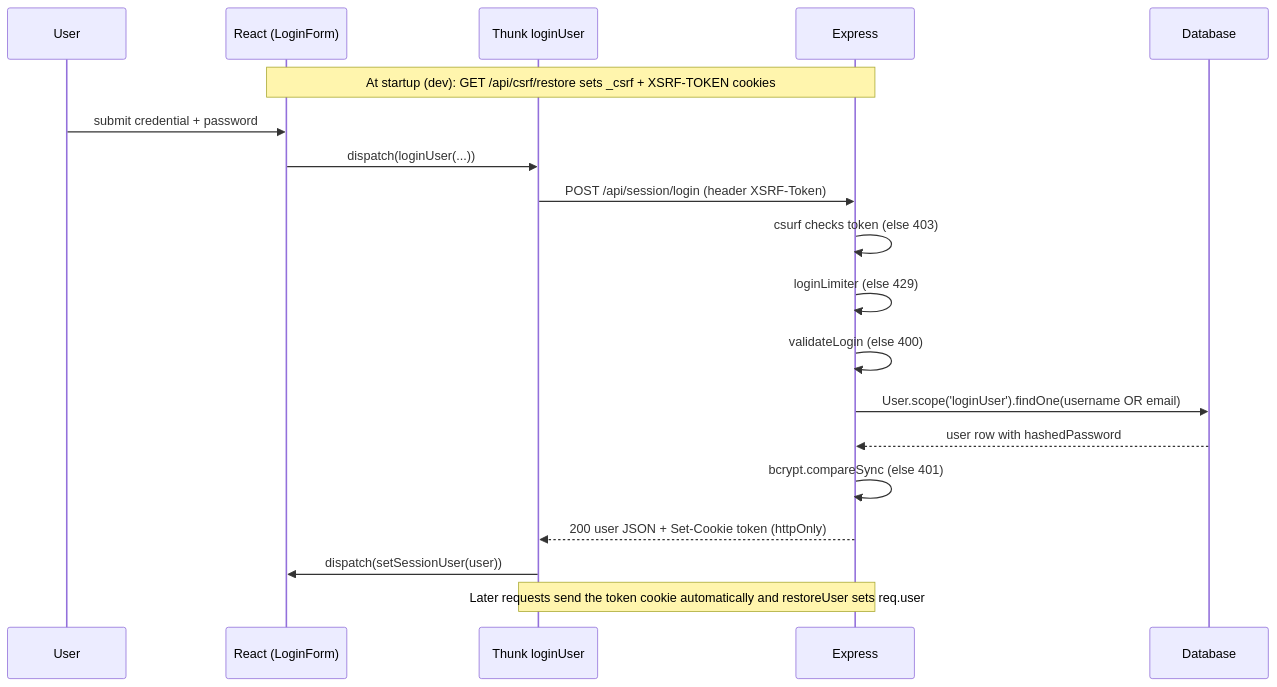
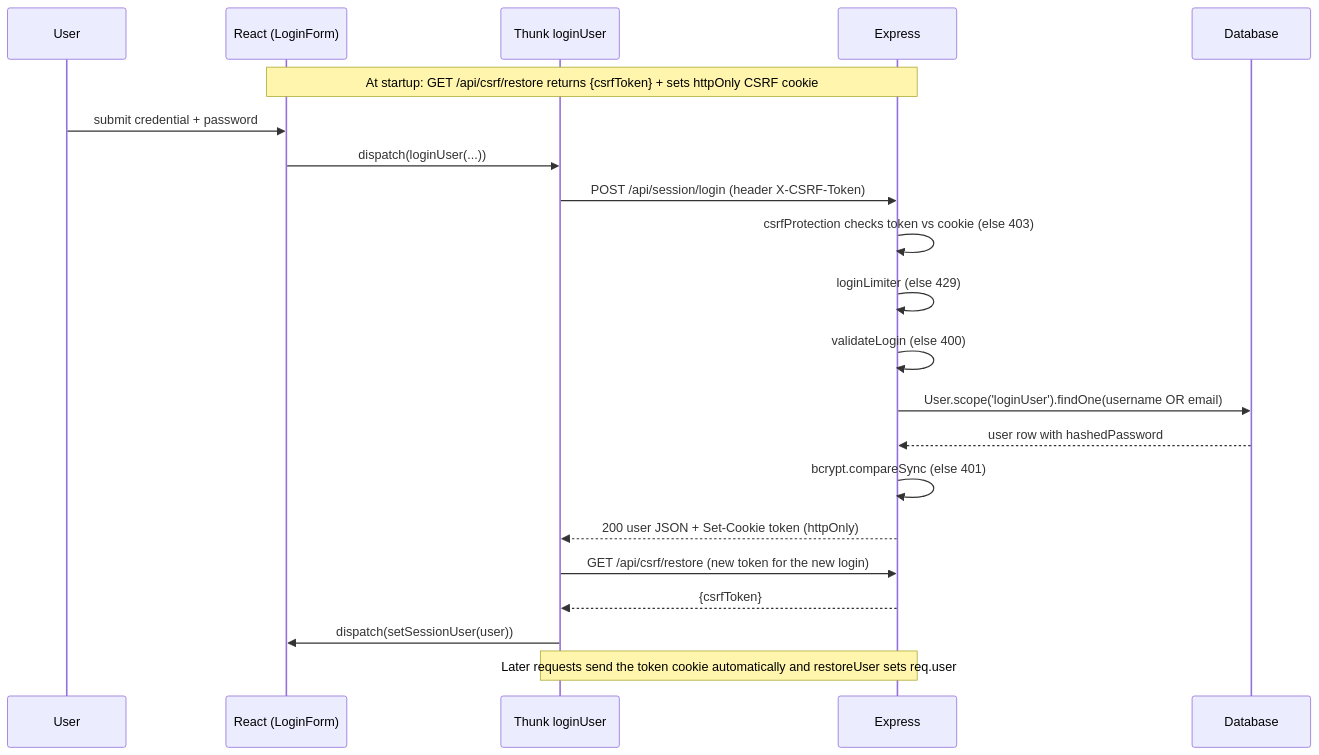
One commit to tyler-tor/SoundHaze changed the third of 5 diagrams in docs/WALKTHROUGH.md. Above: the diagram before and after it, drawn with Mermaid. The commit also changed other lines of this file, not shown here.

````diff
--- a/docs/WALKTHROUGH.md
+++ b/docs/WALKTHROUGH.md
@@ -491,21 +531,23 @@
 ```mermaid
 sequenceDiagram
     participant U as User
     participant R as React (LoginForm)
     participant T as Thunk loginUser
     participant E as Express
     participant DB as Database
-    Note over R,E: At startup (dev): GET /api/csrf/restore sets _csrf + XSRF-TOKEN cookies
+    Note over R,E: At startup: GET /api/csrf/restore returns {csrfToken} + sets httpOnly CSRF cookie
     U->>R: submit credential + password
     R->>T: dispatch(loginUser(...))
-    T->>E: POST /api/session/login (header XSRF-Token)
-    E->>E: csurf checks token (else 403)
+    T->>E: POST /api/session/login (header X-CSRF-Token)
+    E->>E: csrfProtection checks token vs cookie (else 403)
     E->>E: loginLimiter (else 429)
     E->>E: validateLogin (else 400)
     E->>DB: User.scope('loginUser').findOne(username OR email)
     DB-->>E: user row with hashedPassword
     E->>E: bcrypt.compareSync (else 401)
     E-->>T: 200 user JSON + Set-Cookie token (httpOnly)
+    T->>E: GET /api/csrf/restore (new token for the new login)
+    E-->>T: {csrfToken}
     T->>R: dispatch(setSessionUser(user))
     Note over T,E: Later requests send the token cookie automatically and restoreUser sets req.user
 ```
````
